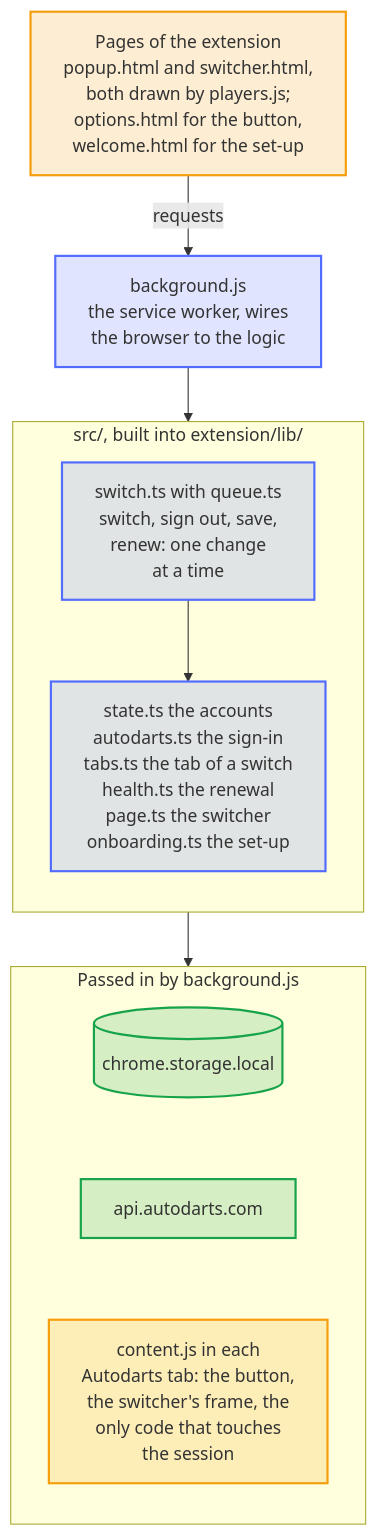
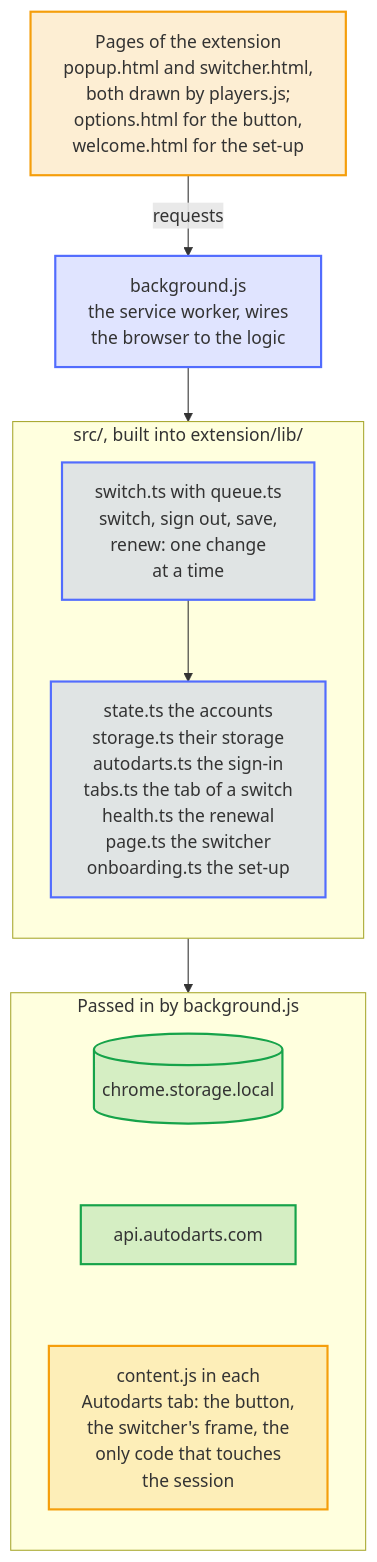
One commit to Dennis-Otto/player-switch-for-autodarts changed the diagram in docs/diagrams/architecture.mmd. Above: the diagram before and after it, drawn with Mermaid. The commit also changed 32 other files, not shown here.

First line of the commit message:
fix(worker): never save over accounts of a newer version and show since when a renewal fails (#51)

```diff
--- a/docs/diagrams/architecture.mmd
+++ b/docs/diagrams/architecture.mmd
@@ -1,34 +1,34 @@
 ---
 config:
   flowchart:
     wrappingWidth: 400
 ---
 flowchart TB
     accTitle: How the code is laid out
-    accDescr: The popup and the switcher are pages of the extension that players.js draws, the options page keeps the settings of the button, and the welcome page guides the first set-up. They send their requests to background.js, the service worker, which wires the browser to the logic in src/, built into extension/lib/. There switch.ts makes every change of the accounts, one at a time through queue.ts, with state.ts for the saved accounts and autodarts.ts for the sign-in service of Autodarts; tabs.ts picks the Autodarts tab, health.ts plans the renewal and the badge, page.ts decides for the switcher, and onboarding.ts for the first set-up and the bug report. The logic reaches chrome.storage.local, api.autodarts.com and content.js only through what background.js passes in. content.js runs in each Autodarts tab, shows the button and the frame of the switcher, and is the only code that reads or writes the session of the page.
+    accDescr: The popup and the switcher are pages of the extension that players.js draws, the options page keeps the settings of the button, and the welcome page guides the first set-up. They send their requests to background.js, the service worker, which wires the browser to the logic in src/, built into extension/lib/. There switch.ts makes every change of the accounts, one at a time through queue.ts, with state.ts for the saved accounts, storage.ts to store them with the version of their format, and autodarts.ts for the sign-in service of Autodarts; tabs.ts picks the Autodarts tab, health.ts plans the renewal and the badge, page.ts decides for the switcher, and onboarding.ts for the first set-up and the bug report. The logic reaches chrome.storage.local, api.autodarts.com and content.js only through what background.js passes in. content.js runs in each Autodarts tab, shows the button and the frame of the switcher, and is the only code that reads or writes the session of the page.
 
     pages["Pages of the extension<br>popup.html and switcher.html,<br>both drawn by players.js;<br>options.html for the button,<br>welcome.html for the set-up"]
     worker["background.js<br>the service worker, wires<br>the browser to the logic"]
     subgraph lib ["src/, built into extension/lib/"]
         direction TB
         switch["switch.ts with queue.ts<br>switch, sign out, save,<br>renew: one change<br>at a time"]
-        parts["state.ts the accounts<br>autodarts.ts the sign-in<br>tabs.ts the tab of a switch<br>health.ts the renewal<br>page.ts the switcher<br>onboarding.ts the set-up"]
+        parts["state.ts the accounts<br>storage.ts their storage<br>autodarts.ts the sign-in<br>tabs.ts the tab of a switch<br>health.ts the renewal<br>page.ts the switcher<br>onboarding.ts the set-up"]
         switch --> parts
     end
     subgraph ports ["Passed in by background.js"]
         direction TB
         storage[("chrome.storage.local")]
         api["api.autodarts.com"]
         content["content.js in each<br>Autodarts tab: the button,<br>the switcher's frame, the<br>only code that touches<br>the session"]
         storage ~~~ api ~~~ content
     end
 
     pages -- "requests" --> worker --> lib
     lib --> ports
 
     classDef bot fill:#526cfe2e,stroke:#526cfe,stroke-width:2px
     classDef done fill:#16a34a2e,stroke:#16a34a,stroke-width:2px
     classDef person fill:#f59e0b2e,stroke:#f59e0b,stroke-width:2px
     class pages,content person
     class worker,switch,parts bot
     class storage,api done
```
